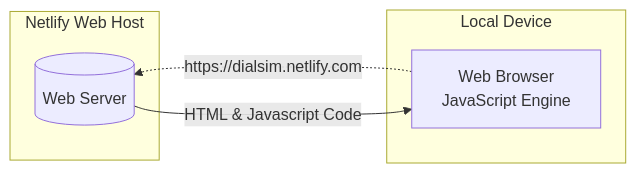
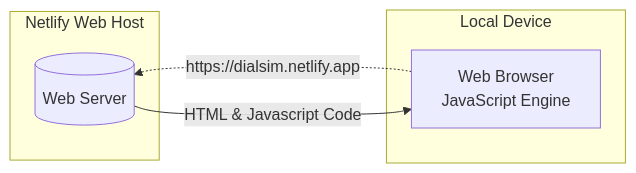
The first of 3 diagrams in README.md (aaaahn/dialsim), drawn with Mermaid before and after one commit.

````diff
--- a/README.md
+++ b/README.md
@@ -17,15 +17,15 @@
 ```mermaid
 
 graph RL
-    Browser[Web Browser  <br> JavaScript Engine] -.->|"https://dialsim.netlify.com "| WWW[(Web Server)]
+    Browser[Web Browser  <br> JavaScript Engine] -.->|"https://dialsim.netlify.app "| WWW[(Web Server)]
     subgraph Local Device
         Browser
     end
     WWW --> |HTML & Javascript Code| Browser
 
     subgraph Netlify Web Host
         WWW
     end
 
 
 ```
````
